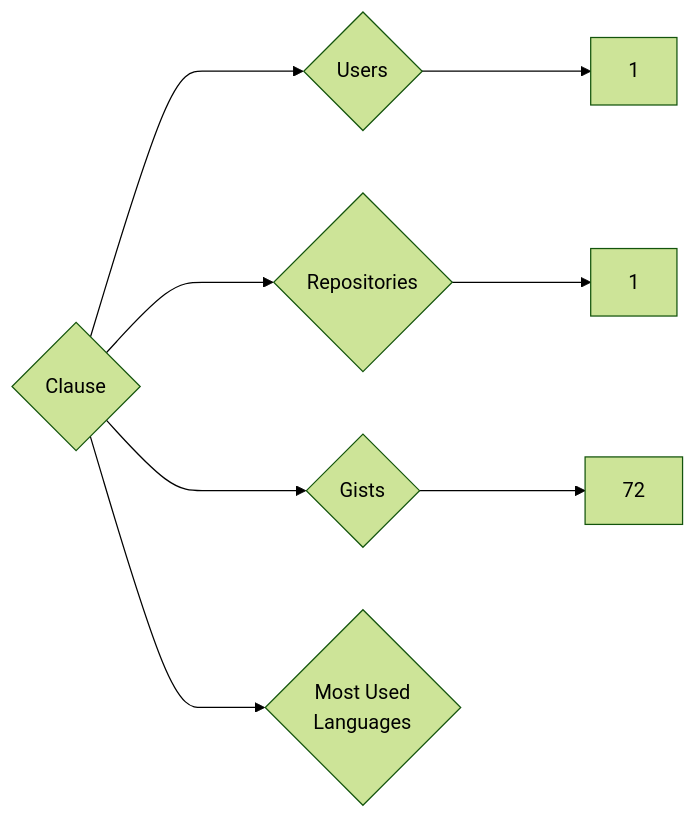
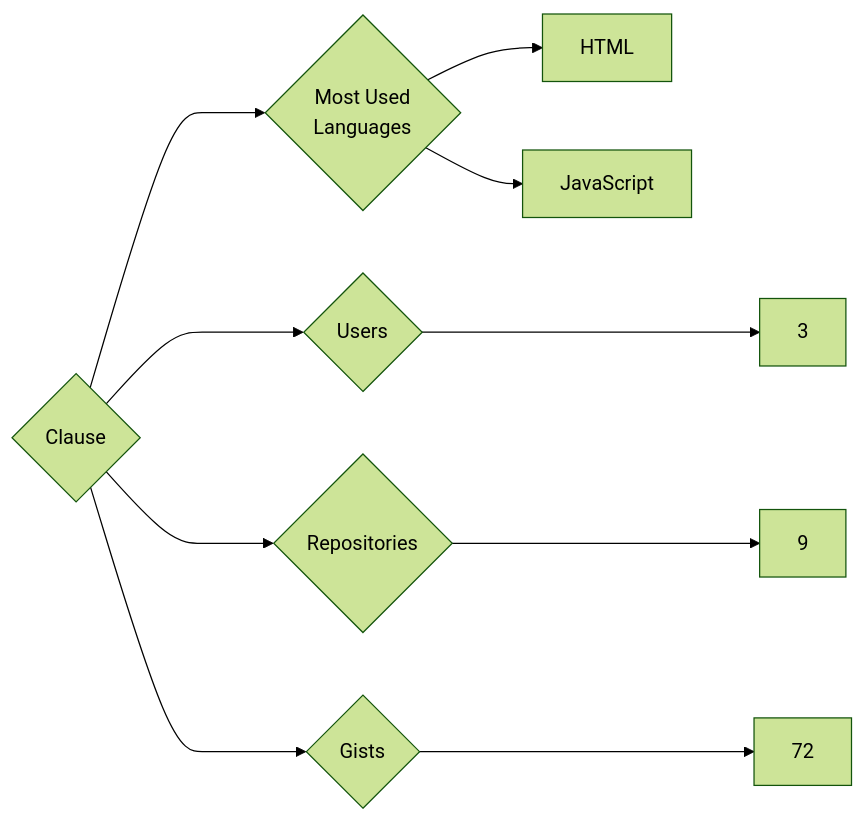
Before and after one commit to trickest/insiders: the diagram in targets/Clause/README.md, drawn with Mermaid (forest theme). The commit also changed 895 other files, not shown here.

````diff
--- a/targets/Clause/README.md
+++ b/targets/Clause/README.md
@@ -3,8 +3,10 @@
 ```mermaid
 graph LR
 COMPANY_NAME{Clause}
-COMPANY_NAME ---> U{Users} ---> UN[1]
-COMPANY_NAME ---> R{Repositories} ---> RN[1]
+COMPANY_NAME ---> U{Users} ---> UN[3]
+COMPANY_NAME ---> R{Repositories} ---> RN[9]
 COMPANY_NAME ---> G{Gists} ---> GN[72]
 COMPANY_NAME ---> ML{Most Used<br>Languages}
+ML --> HTML[HTML]
+ML --> JavaScript[JavaScript]
 ```
````
